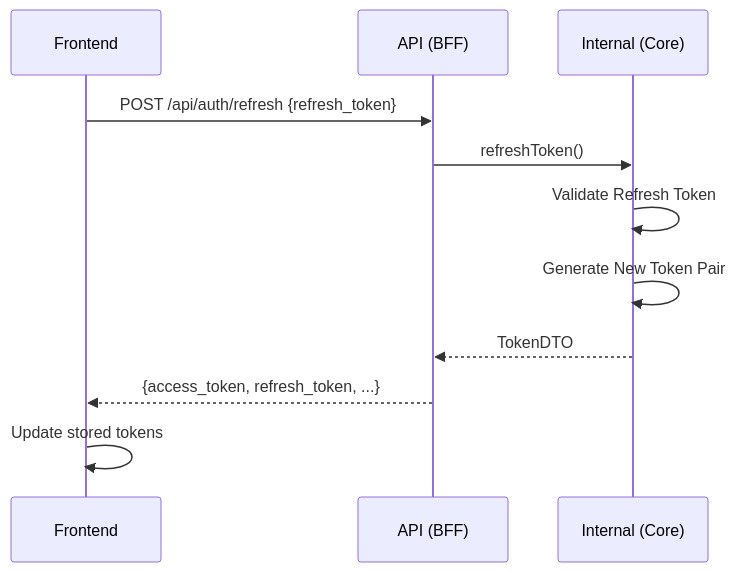
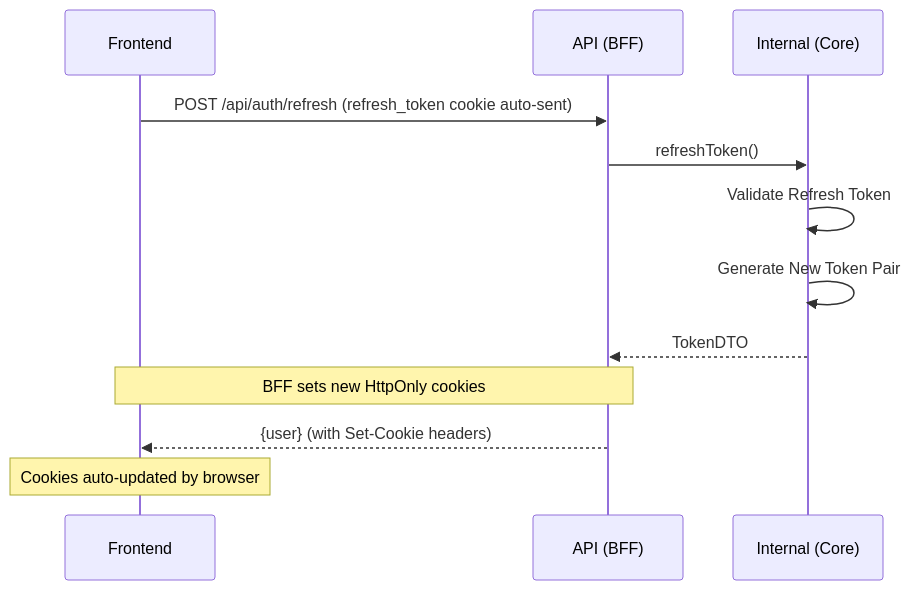
Before and after one commit to shaul1991/toy-core-system: the second of 2 diagrams in docs/BFF.md, drawn with Mermaid. The commit also changed other lines of this file and 2 other files, not shown here.

First line of the commit message:
fix(bff): 쿠키 설정 동적 결정 및 문서/프론트엔드 업데이트

````diff
--- a/docs/BFF.md
+++ b/docs/BFF.md
@@ -108,14 +120,15 @@
 ```mermaid
 sequenceDiagram
     participant F as Frontend
     participant A as API (BFF)
     participant I as Internal (Core)
 
-    F->>A: POST /api/auth/refresh {refresh_token}
+    F->>A: POST /api/auth/refresh (refresh_token cookie auto-sent)
     A->>I: refreshToken()
     I->>I: Validate Refresh Token
     I->>I: Generate New Token Pair
     I-->>A: TokenDTO
-    A-->>F: {access_token, refresh_token, ...}
-    F->>F: Update stored tokens
+    Note over A,F: BFF sets new HttpOnly cookies
+    A-->>F: {user} (with Set-Cookie headers)
+    Note over F: Cookies auto-updated by browser
 ```
````
